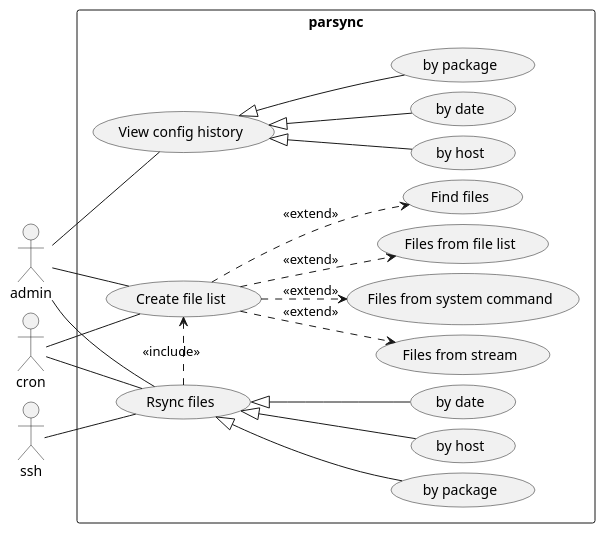
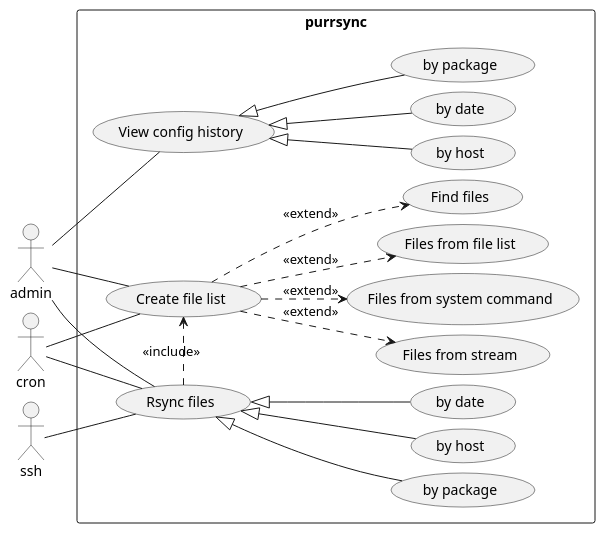
One commit to rjhwelsh/purrsync changed the diagram in docs/usecase.plantuml. Above: the diagram before and after it, drawn with PlantUML. The commit also changed 8 other files, not shown here.

First line of the commit message:
Renamed project from parsync to "purrsync"

```diff
--- a/docs/usecase.plantuml
+++ b/docs/usecase.plantuml
@@ -1,49 +1,49 @@
 @startuml
   skinparam nodesep 10
 	skinparam ranksep 10
 	left to right direction
 
 	:admin: as a1
 	:cron: as a2
 	:ssh: as a3
 
-	rectangle parsync {
+	rectangle purrsync {
 						( View config history ) as uc1
 						( by package ) as uc1.1
 						( by host ) as uc1.2
 						( by date ) as uc1.3
 						uc1 <|-- uc1.1
 						uc1 <|-- uc1.2
 						uc1 <|-- uc1.3
 
 						( Create file list ) as uc2
 						( Find files ) as uc2.1
 						( Files from stream ) as uc2.2
 						( Files from system command ) as uc2.3
 						( Files from file list ) as uc2.4
 						uc2 ..> uc2.1 : <<extend>>
 						uc2 ..> uc2.2 : <<extend>>
 						uc2 ..> uc2.3 : <<extend>>
 						uc2 ..> uc2.4 : <<extend>>
 
 						( Rsync files ) as uc3
 						( by package ) as uc3.1
 						( by host ) as uc3.2
 						( by date ) as uc3.3
 						uc3 <|-- uc3.1
 						uc3 <|-- uc3.2
 						uc3 <|-- uc3.3
 
 						uc3 .> uc2 : <<include>>
 						}
 
 	a1 -- uc1
 	a1 -- uc2
 	a1 -- uc3
 
 	a2 -- uc2
 	a2 -- uc3
 
 	a3 -- uc3
 
 @enduml
```
